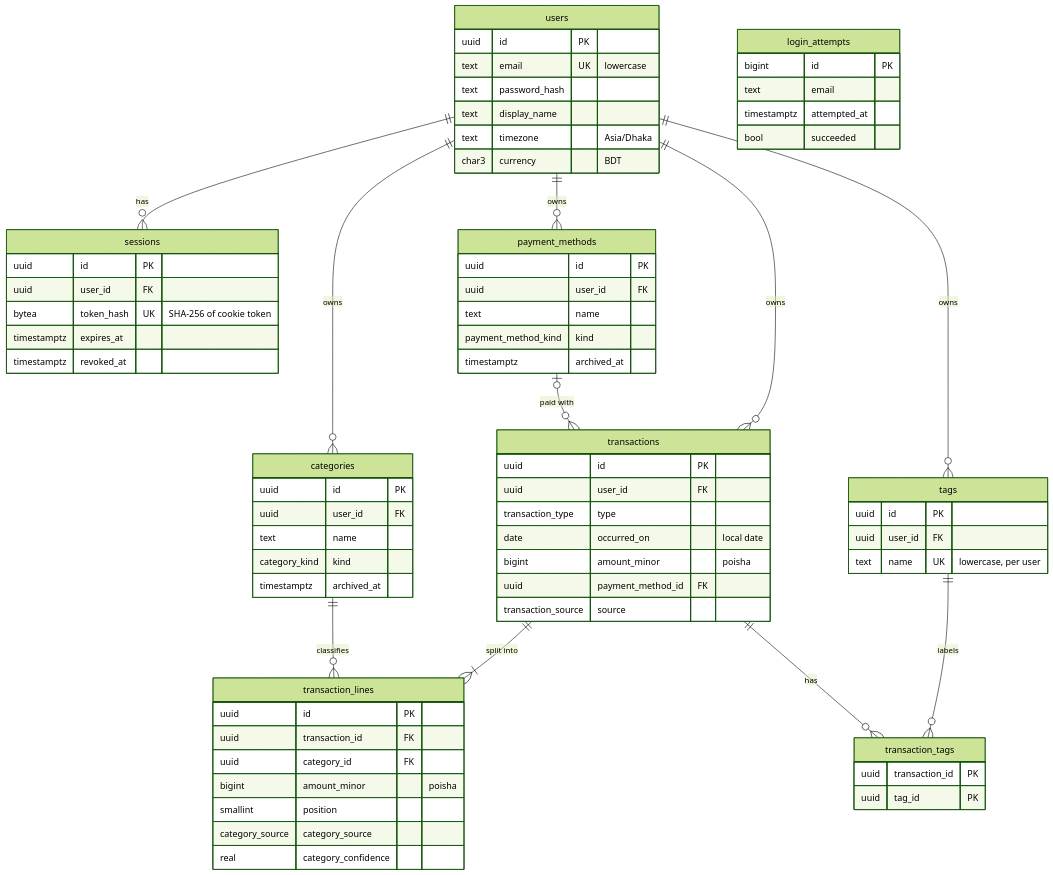
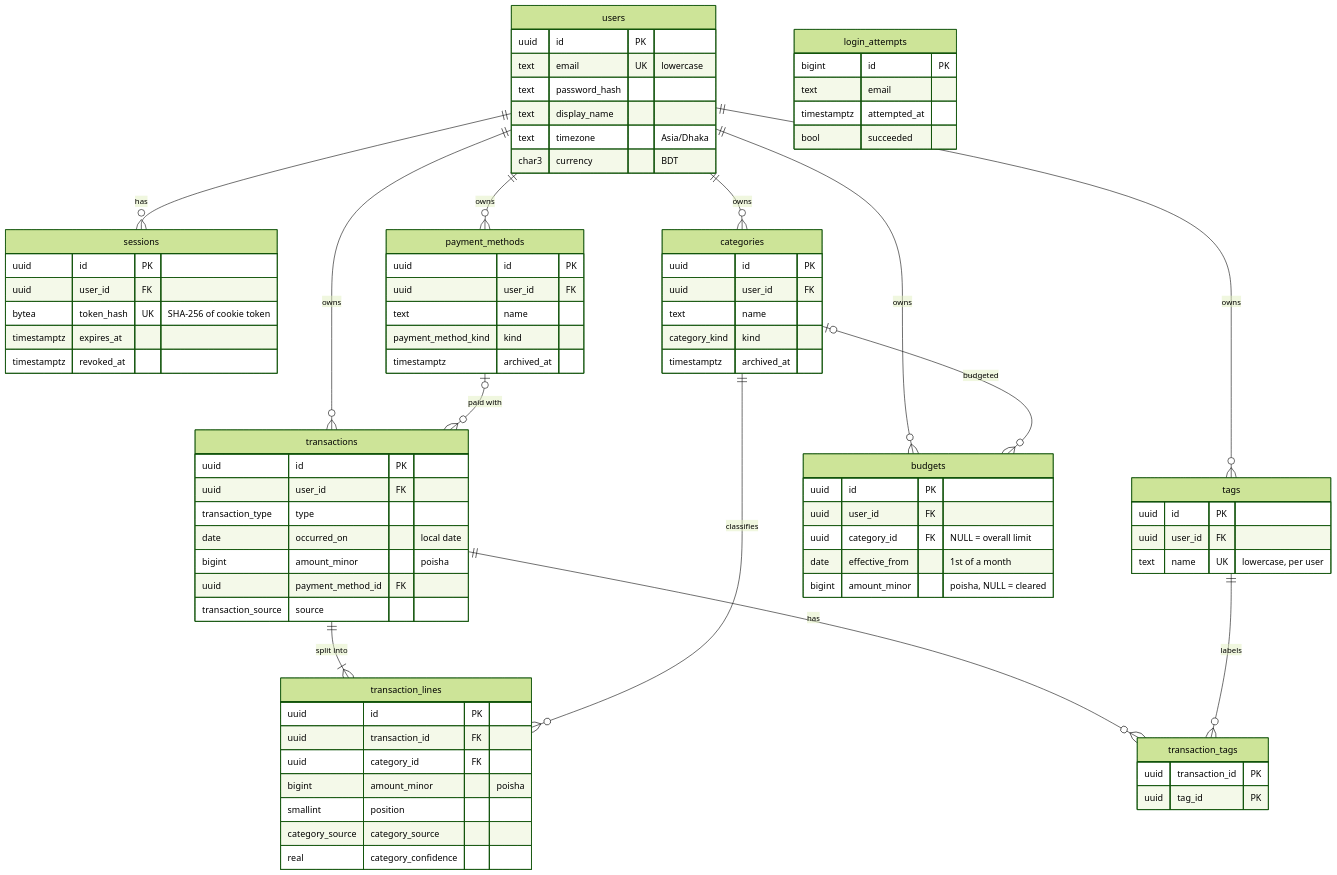
Before and after one commit to monjurul0007/kori: the diagram in docs/data-model.md, drawn with Mermaid (forest theme). The commit also changed other lines of this file and 17 other files, not shown here.

```diff
--- a/docs/data-model.md
+++ b/docs/data-model.md
@@ -11,6 +12,8 @@
     users ||--o{ payment_methods : owns
     users ||--o{ transactions : owns
     users ||--o{ tags : owns
+    users ||--o{ budgets : owns
+    categories |o--o{ budgets : "budgeted"
     transactions ||--|{ transaction_lines : "split into"
     categories ||--o{ transaction_lines : classifies
     payment_methods |o--o{ transactions : "paid with"
@@ -70,6 +73,13 @@
         category_source category_source
         real category_confidence
     }
+    budgets {
+        uuid id PK
+        uuid user_id FK
+        uuid category_id FK "NULL = overall limit"
+        date effective_from "1st of a month"
+        bigint amount_minor "poisha, NULL = cleared"
+    }
     tags {
         uuid id PK
         uuid user_id FK
```
